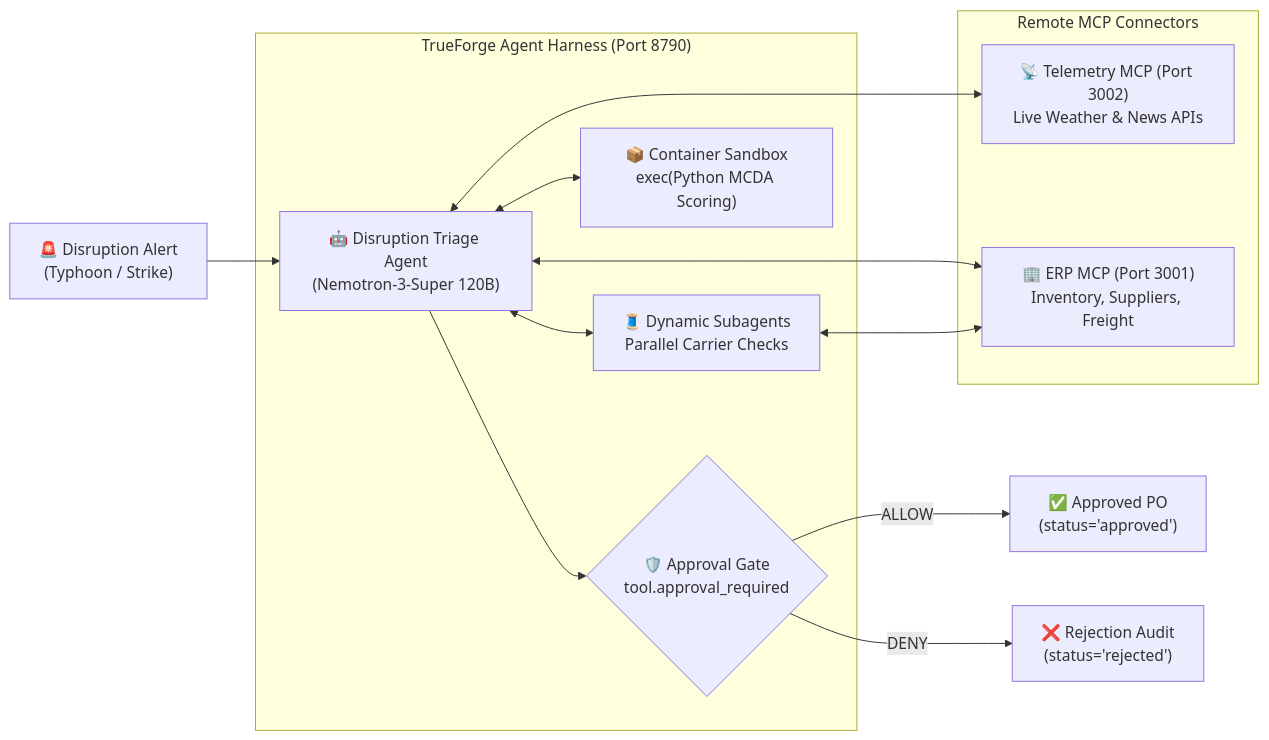
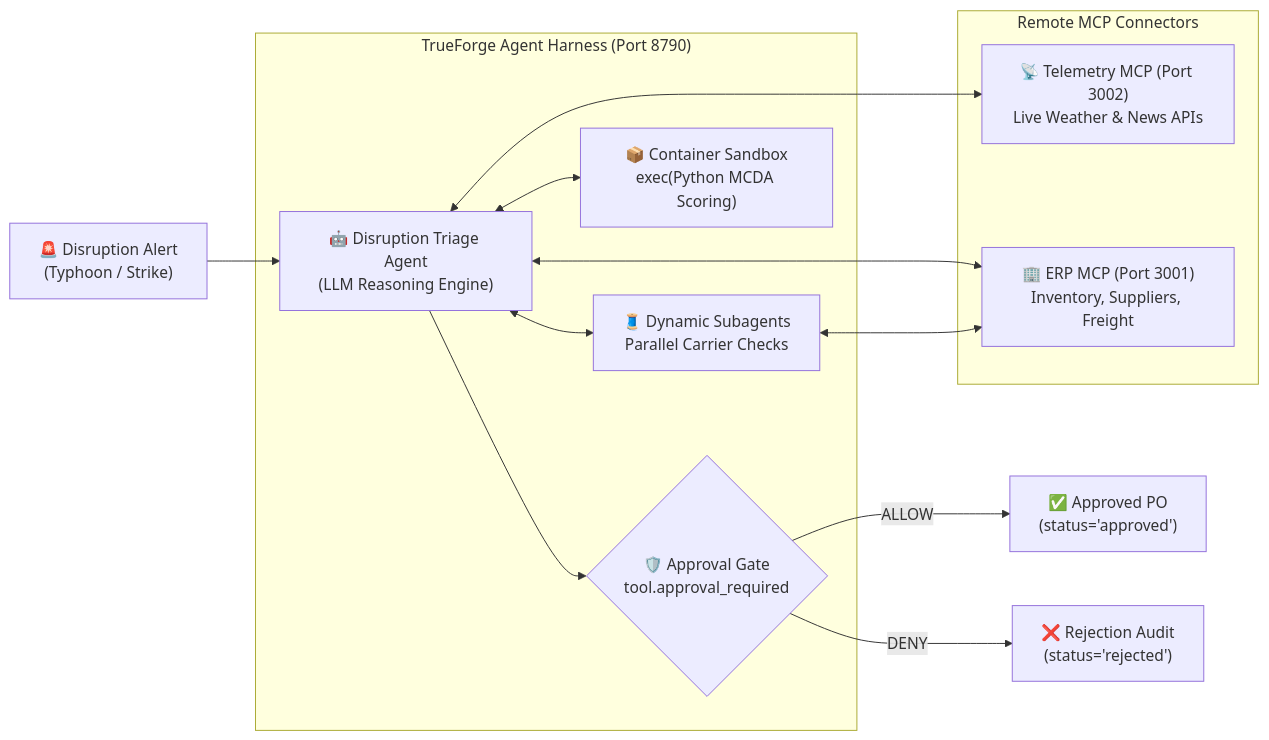
The diagram in README.md (ansuman-satapathy/reroute-lg), drawn with Mermaid before and after one commit. The commit also changed 1 other file, not shown here.

Commit message:
fix: address Qodo review findings on PR #16

````diff
--- a/README.md
+++ b/README.md
@@ -61,27 +61,27 @@
 ```mermaid
 flowchart LR
     Alert["🚨 Disruption Alert<br/>(Typhoon / Strike)"] --> Agent
 
     subgraph TF["TrueForge Agent Harness (Port 8790)"]
-        Agent["🤖 Disruption Triage Agent<br/>(Nemotron-3-Super 120B)"]
+        Agent["🤖 Disruption Triage Agent<br/>(LLM Reasoning Engine)"]
         Subagents["🧵 Dynamic Subagents<br/>Parallel Carrier Checks"]
         Sandbox["📦 Container Sandbox<br/>exec(Python MCDA Scoring)"]
         Gate{"🛡️ Approval Gate<br/>tool.approval_required"}
 
         Agent <--> Subagents
         Agent <--> Sandbox
         Agent --> Gate
     end
 
     subgraph MCP["Remote MCP Connectors"]
         Telemetry["📡 Telemetry MCP (Port 3002)<br/>Live Weather & News APIs"]
         ERP["🏢 ERP MCP (Port 3001)<br/>Inventory, Suppliers, Freight"]
     end
 
     Agent <--> Telemetry
     Agent <--> ERP
     Subagents <--> ERP
 
     Gate -->|"ALLOW"| Commit["✅ Approved PO<br/>(status='approved')"]
     Gate -->|"DENY"| Reject["❌ Rejection Audit<br/>(status='rejected')"]
 ```
````
